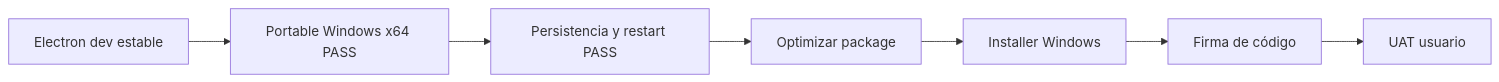
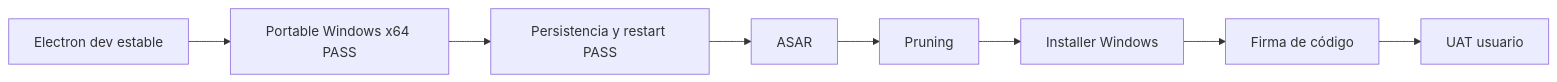
One commit to cmartinezs/personal-tax-ledger changed the third of 3 diagrams in docs/desktop-electron.md. Above: the diagram before and after it, drawn with Mermaid. The commit also changed other lines of this file, not shown here.

Commit message:
docs: document asar optimization gate

````diff
--- a/docs/desktop-electron.md
+++ b/docs/desktop-electron.md
@@ -137,9 +138,10 @@
 ```mermaid
 flowchart LR
     A[Electron dev estable] --> B[Portable Windows x64 PASS]
     B --> C[Persistencia y restart PASS]
-    C --> D[Optimizar package]
-    D --> E[Installer Windows]
-    E --> F[Firma de código]
-    F --> G[UAT usuario]
+    C --> D[ASAR]
+    D --> E[Pruning]
+    E --> F[Installer Windows]
+    F --> G[Firma de código]
+    G --> H[UAT usuario]
 ```
````
